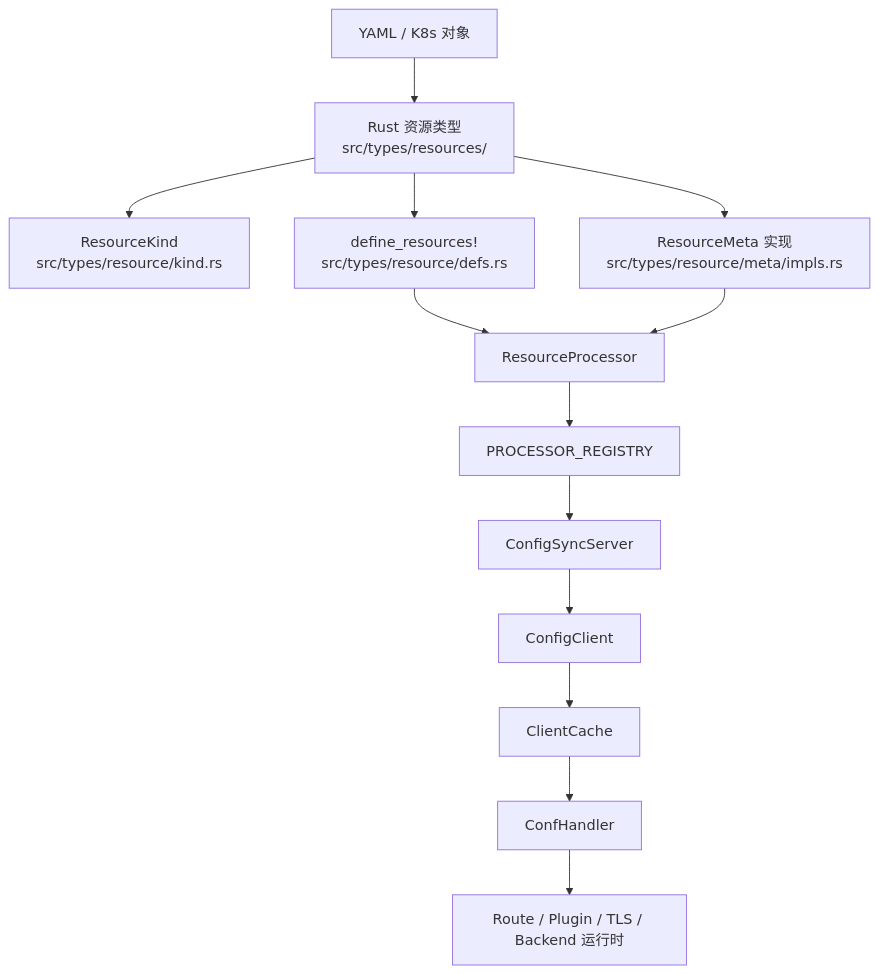
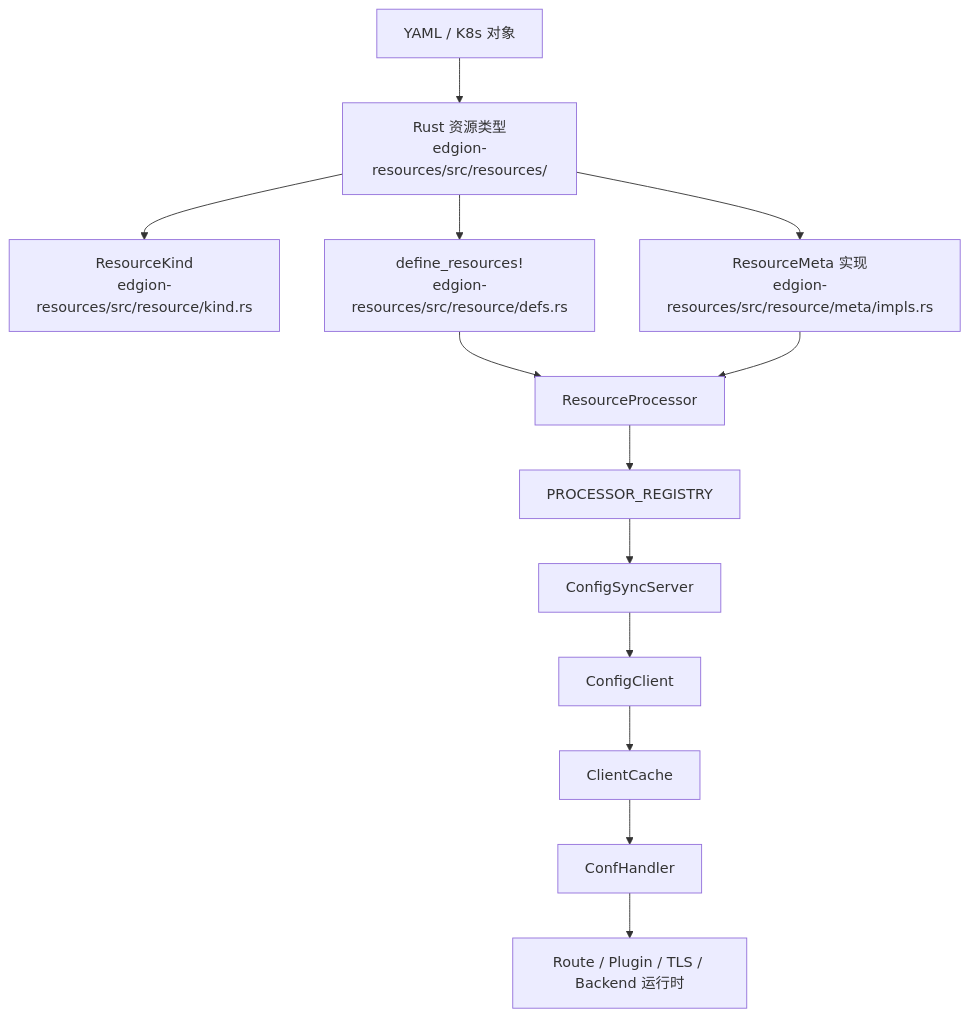
One commit to Pandaala/Edgion changed the diagram in docs/zh-CN/dev-guide/resource-architecture-overview.md. Above: the diagram before and after it, drawn with Mermaid. The commit also changed other lines of this file and 4788 other files, not shown here.

````diff
--- a/docs/zh-CN/dev-guide/resource-architecture-overview.md
+++ b/docs/zh-CN/dev-guide/resource-architecture-overview.md
@@ -7,15 +7,15 @@
 ```mermaid
 graph TD
-    YAML["YAML / K8s 对象"] --> Type["Rust 资源类型<br/>src/types/resources/"]
-    Type --> Kind["ResourceKind<br/>src/types/resource/kind.rs"]
-    Type --> Defs["define_resources!<br/>src/types/resource/defs.rs"]
-    Type --> Meta["ResourceMeta 实现<br/>src/types/resource/meta/impls.rs"]
+    YAML["YAML / K8s 对象"] --> Type["Rust 资源类型<br/>edgion-resources/src/resources/"]
+    Type --> Kind["ResourceKind<br/>edgion-resources/src/resource/kind.rs"]
+    Type --> Defs["define_resources!<br/>edgion-resources/src/resource/defs.rs"]
+    Type --> Meta["ResourceMeta 实现<br/>edgion-resources/src/resource/meta/impls.rs"]
     Defs --> Processor["ResourceProcessor<T>"]
     Meta --> Processor
     Processor --> Registry["PROCESSOR_REGISTRY"]
     Registry --> Sync["ConfigSyncServer"]
     Sync --> Client["ConfigClient"]
     Client --> Cache["ClientCache<T>"]
     Cache --> Handler["ConfHandler"]
     Handler --> Runtime["Route / Plugin / TLS / Backend 运行时"]
 ```
````
